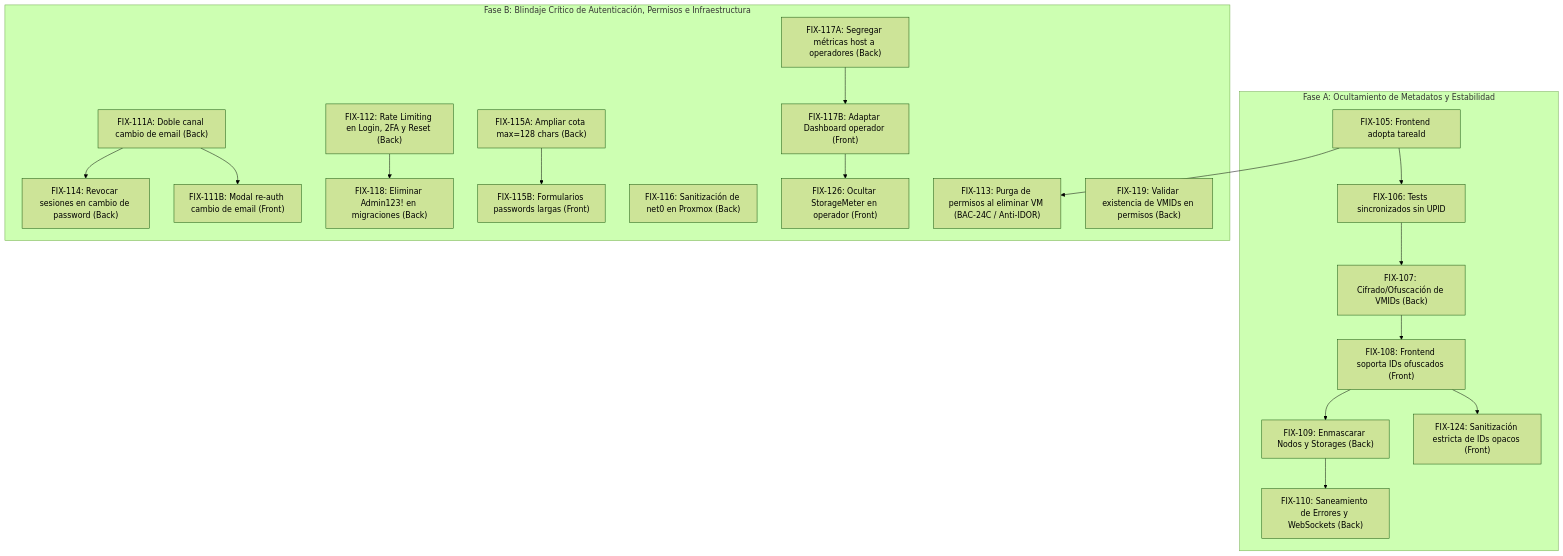
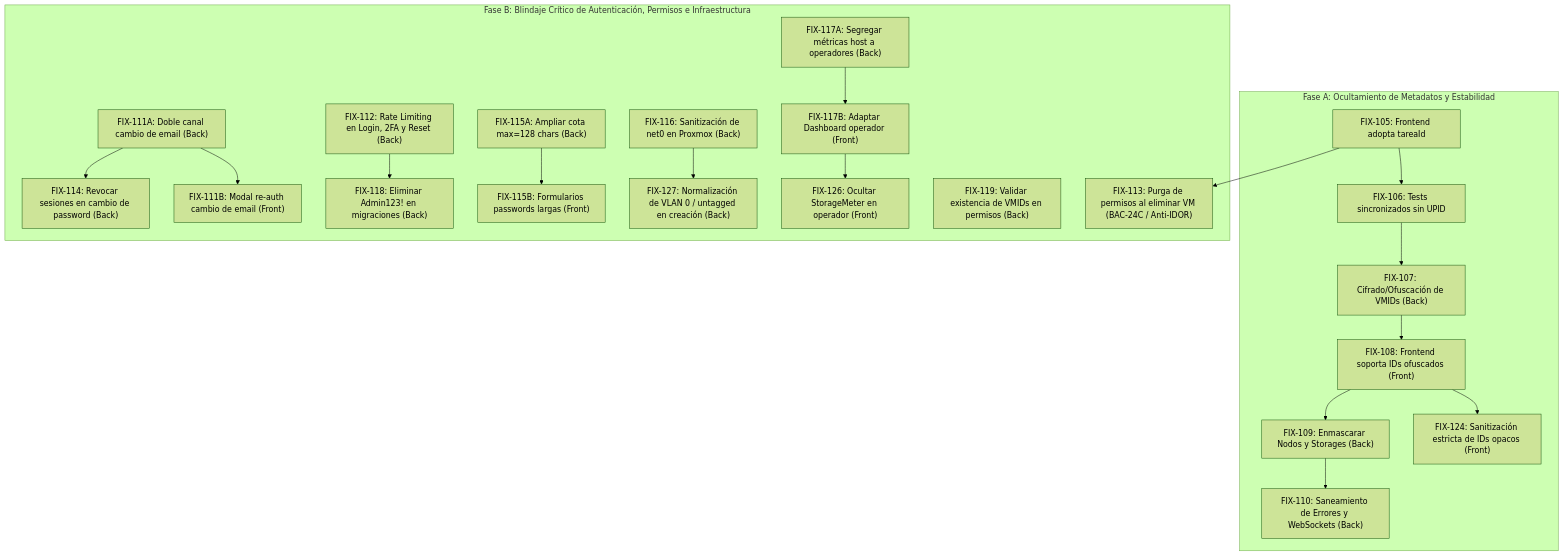
Before and after one commit to micaelaalvaradomendez/centinela: the diagram in documentacion/futuro2.md, drawn with Mermaid (forest theme). The commit also changed other lines of this file and 10 other files, not shown here.

````diff
--- a/documentacion/futuro2.md
+++ b/documentacion/futuro2.md
@@ -68,28 +68,29 @@
 ```mermaid
 flowchart TD
     subgraph FaseA["Fase A: Ocultamiento de Metadatos y Estabilidad"]
         FIX105["FIX-105: Frontend adopta tareaId"] --> FIX106["FIX-106: Tests sincronizados sin UPID"]
         FIX106 --> FIX107["FIX-107: Cifrado/Ofuscación de VMIDs (Back)"]
         FIX107 --> FIX108["FIX-108: Frontend soporta IDs ofuscados (Front)"]
         FIX108 --> FIX124["FIX-124: Sanitización estricta de IDs opacos (Front)"]
         FIX108 --> FIX109["FIX-109: Enmascarar Nodos y Storages (Back)"]
         FIX109 --> FIX110["FIX-110: Saneamiento de Errores y WebSockets (Back)"]
     end
 
     subgraph FaseB["Fase B: Blindaje Crítico de Autenticación, Permisos e Infraestructura"]
         FIX111A["FIX-111A: Doble canal cambio de email (Back)"] --> FIX111B["FIX-111B: Modal re-auth cambio de email (Front)"]
         FIX112["FIX-112: Rate Limiting en Login, 2FA y Reset (Back)"]
         FIX113["FIX-113: Purga de permisos al eliminar VM (BAC-24C / Anti-IDOR)"]
         FIX114["FIX-114: Revocar sesiones en cambio de password (Back)"]
         FIX115A["FIX-115A: Ampliar cota max=128 chars (Back)"] --> FIX115B["FIX-115B: Formularios passwords largas (Front)"]
         FIX116["FIX-116: Sanitización de net0 en Proxmox (Back)"]
         FIX117A["FIX-117A: Segregar métricas host a operadores (Back)"] --> FIX117B["FIX-117B: Adaptar Dashboard operador (Front)"]
         FIX117B --> FIX126["FIX-126: Ocultar StorageMeter en operador (Front)"]
         FIX118["FIX-118: Eliminar Admin123! en migraciones (Back)"]
         FIX119["FIX-119: Validar existencia de VMIDs en permisos (Back)"]
+        FIX116 --> FIX127["FIX-127: Normalización de VLAN 0 / untagged en creación (Back)"]
     end
 
     FIX105 --> FIX113
     FIX111A --> FIX114
     FIX112 --> FIX118
 ```
````
